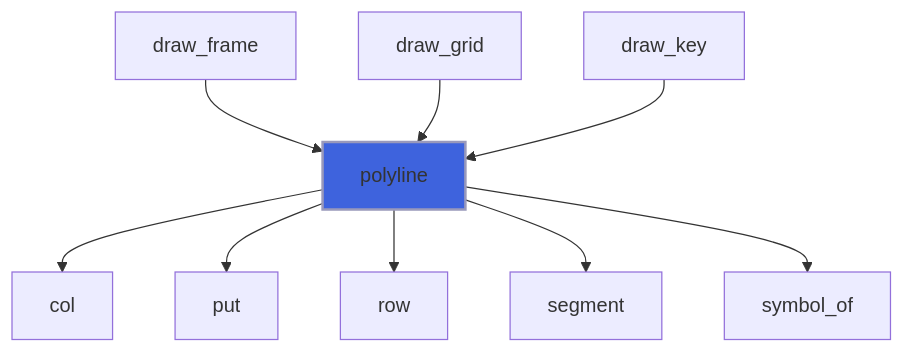
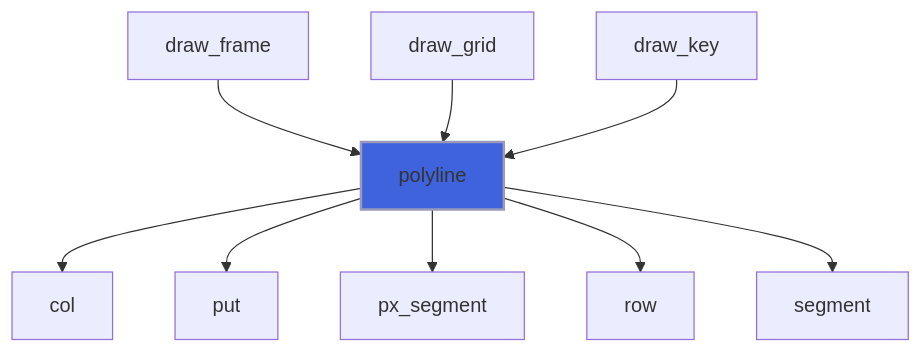
One commit to szaghi/foresight changed the tenth of 30 diagrams in docs/api/src/lib/foresight_backend_dumb.md. Above: the diagram before and after it, drawn with Mermaid. The commit also changed other lines of this file and 97 other files, not shown here.

````diff
--- a/docs/api/src/lib/foresight_backend_dumb.md
+++ b/docs/api/src/lib/foresight_backend_dumb.md
@@ -328,12 +357,12 @@
 ```mermaid
 flowchart TD
   draw_frame["draw_frame"] --> polyline["polyline"]
   draw_grid["draw_grid"] --> polyline["polyline"]
   draw_key["draw_key"] --> polyline["polyline"]
   polyline["polyline"] --> col["col"]
   polyline["polyline"] --> put["put"]
+  polyline["polyline"] --> px_segment["px_segment"]
   polyline["polyline"] --> row["row"]
   polyline["polyline"] --> segment["segment"]
-  polyline["polyline"] --> symbol_of["symbol_of"]
   style polyline fill:#3e63dd,stroke:#99b,stroke-width:2px
 ```
````
